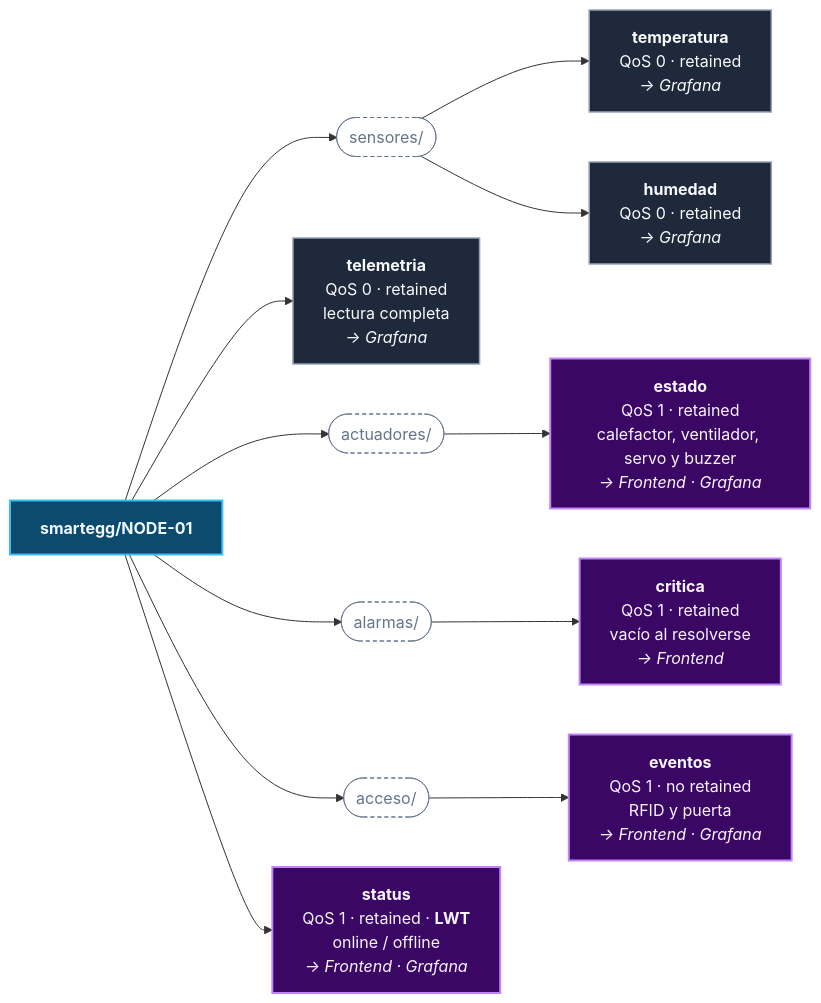
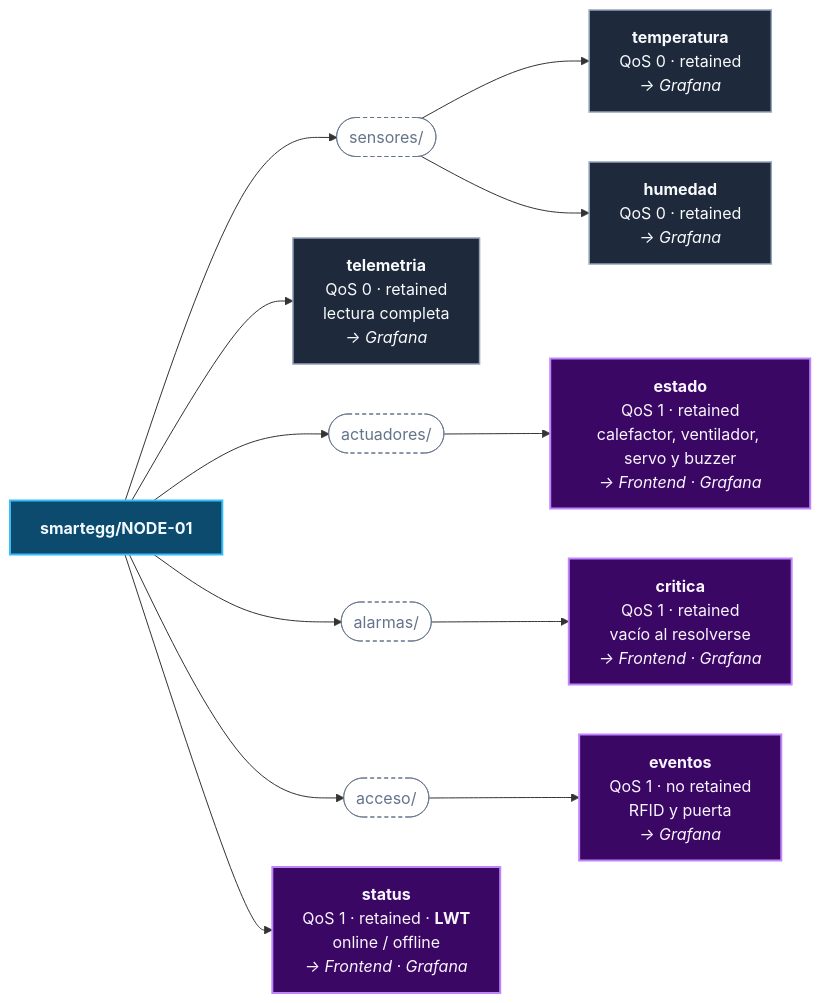
The seventh of 7 diagrams in Proyecto_1_SmartEgg/README.md (ricardious/AYC2_G3), drawn with Mermaid before and after one commit. The commit also changed other lines of this file and 5 other files, not shown here.

````diff
--- a/Proyecto_1_SmartEgg/README.md
+++ b/Proyecto_1_SmartEgg/README.md
@@ -513,27 +542,27 @@
 ```mermaid
 flowchart LR
     ROOT["<b>smartegg/NODE-01</b>"]
 
     ROOT --> SEN(["sensores/"])
     ROOT --> TEL["<b>telemetria</b><br/>QoS 0 · retained<br/>lectura completa<br/><i>→ Grafana</i>"]
     ROOT --> ACT(["actuadores/"])
     ROOT --> ALA(["alarmas/"])
     ROOT --> ACC(["acceso/"])
     ROOT --> STA["<b>status</b><br/>QoS 1 · retained · <b>LWT</b><br/>online / offline<br/><i>→ Frontend · Grafana</i>"]
 
     SEN --> TEMP["<b>temperatura</b><br/>QoS 0 · retained<br/><i>→ Grafana</i>"]
     SEN --> HUM["<b>humedad</b><br/>QoS 0 · retained<br/><i>→ Grafana</i>"]
     ACT --> AEST["<b>estado</b><br/>QoS 1 · retained<br/>calefactor, ventilador, servo y buzzer<br/><i>→ Frontend · Grafana</i>"]
-    ALA --> ACRI["<b>critica</b><br/>QoS 1 · retained<br/>vacío al resolverse<br/><i>→ Frontend</i>"]
-    ACC --> AEV["<b>eventos</b><br/>QoS 1 · no retained<br/>RFID y puerta<br/><i>→ Frontend · Grafana</i>"]
+    ALA --> ACRI["<b>critica</b><br/>QoS 1 · retained<br/>vacío al resolverse<br/><i>→ Frontend · Grafana</i>"]
+    ACC --> AEV["<b>eventos</b><br/>QoS 1 · no retained<br/>RFID y puerta<br/><i>→ Grafana</i>"]
 
     classDef raiz fill:#0c4a6e,stroke:#38bdf8,color:#f0f9ff,stroke-width:2px
     classDef rama fill:none,stroke:#64748b,color:#64748b,stroke-dasharray:4 3
     classDef qos0 fill:#1e293b,stroke:#94a3b8,color:#f8fafc,stroke-width:1.5px
     classDef qos1 fill:#3b0764,stroke:#c084fc,color:#faf5ff,stroke-width:2px
 
     class ROOT raiz
     class SEN,ACT,ALA,ACC rama
     class TEL,TEMP,HUM qos0
     class STA,AEST,ACRI,AEV qos1
 ```
````
